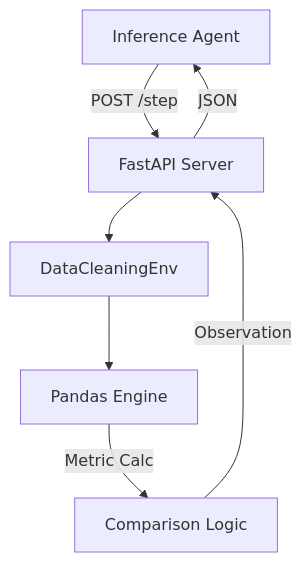
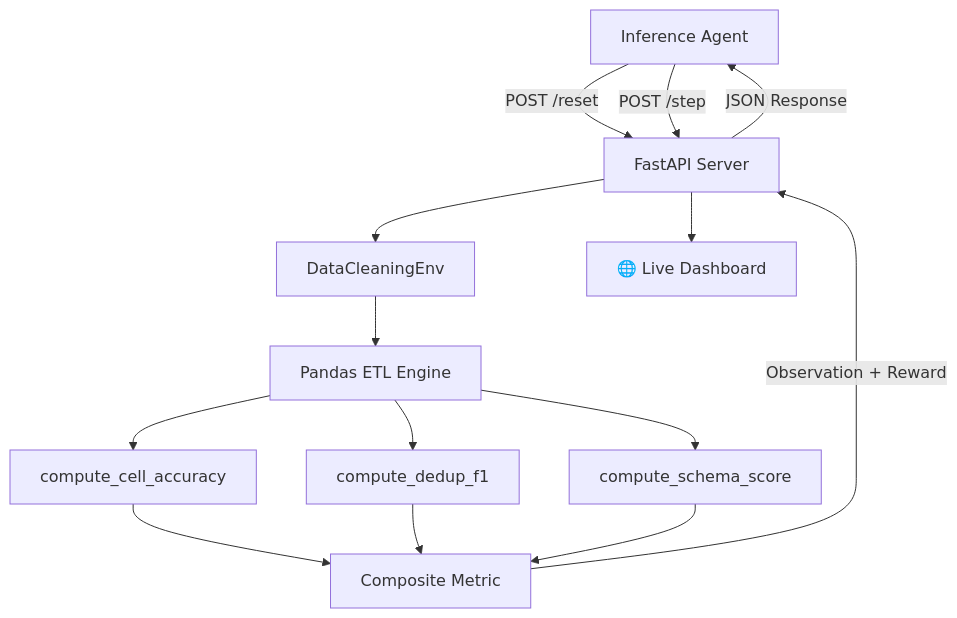
Before and after one commit to CodyRohith7/OpenEnv_Tabular_DataCleaner: the diagram in README.md, drawn with Mermaid. The commit also changed other lines of this file and 18 other files, not shown here.

First line of the commit message:
feat: v2.0 - Extreme tier, 4 new ops, live dashboard, fixed datasets, reward shaping

````diff
--- a/README.md
+++ b/README.md
@@ -57,9 +40,14 @@
 ```mermaid
 graph TD
-    A[Inference Agent] -->|POST /step| B[FastAPI Server]
+    A[Inference Agent] -->|POST /reset| B[FastAPI Server]
+    A -->|POST /step| B
     B --> C[DataCleaningEnv]
-    C --> D[Pandas Engine]
-    D -->|Metric Calc| E[Comparison Logic]
-    E -->|Observation| B
-    B -->|JSON| A
+    C --> D[Pandas ETL Engine]
+    D --> E[compute_cell_accuracy]
+    D --> F[compute_dedup_f1]
+    D --> G[compute_schema_score]
+    E & F & G --> H[Composite Metric]
+    H -->|Observation + Reward| B
+    B -->|JSON Response| A
+    B --> I[🌐 Live Dashboard]
 ```
````
